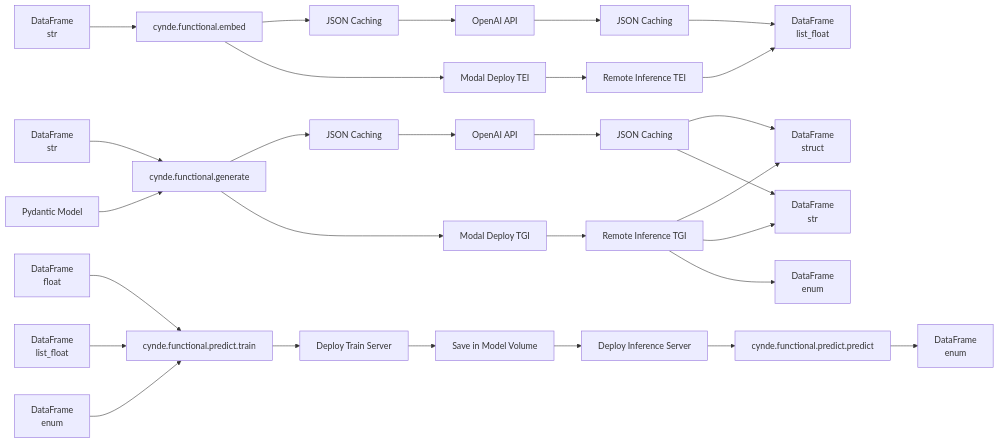
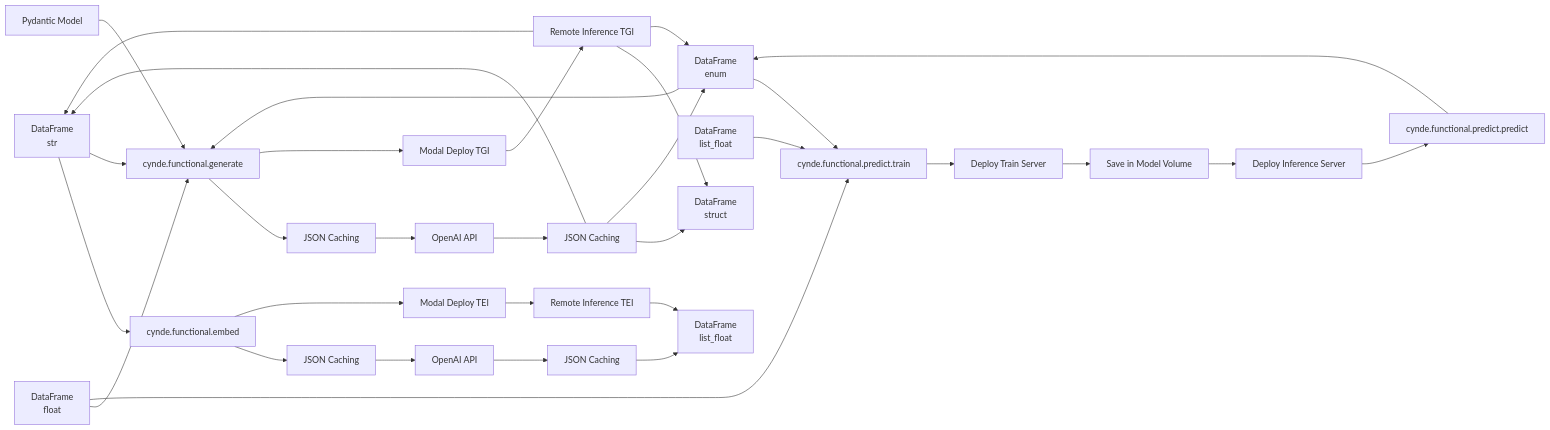
One commit to Neural-Dragon-AI/Cynde changed the diagram in drawings.md. Above: the diagram before and after it, drawn with Mermaid. The commit also changed other lines of this file, not shown here.

````diff
--- a/drawings.md
+++ b/drawings.md
@@ -3,35 +3,38 @@
 ```mermaid
 graph LR
     A[DataFrame<br>str] --> B[cynde.functional.embed]
-    C[DataFrame<br>str] --> D[cynde.functional.generate]
-    E[DataFrame<br>float] --> F[cynde.functional.predict.train]
+    A --> C[cynde.functional.generate]
+    D[DataFrame<br>float] --> C
+    E[DataFrame<br>enum] --> C
+    D --> F[cynde.functional.predict.train]
+    E --> F
     G[DataFrame<br>list_float] --> F
-    I[DataFrame<br>enum] --> F
 
-    J[Pydantic Model] --> D
+    H[Pydantic Model] --> C
 
-    B --> K[JSON Caching]
-    B --> L[Modal Deploy TEI]
-    K --> M[OpenAI API]
-    L --> N[Remote Inference TEI]
-    M --> O[JSON Caching]
-    N --> P[DataFrame<br>list_float]
-    O --> P
+    B --> I[JSON Caching]
+    B --> J[Modal Deploy TEI]
+    I --> K[OpenAI API]
+    J --> L[Remote Inference TEI]
+    K --> M[JSON Caching]
+    L --> N[DataFrame<br>list_float]
+    M --> N
 
-    D --> Q[JSON Caching]
-    D --> R[Modal Deploy TGI]
-    Q --> S[OpenAI API]
-    R --> T[Remote Inference TGI]
-    S --> U[JSON Caching]
-    T --> V[DataFrame<br>struct]
-    T --> W[DataFrame<br>str]
-    U --> V
-    U --> W
+    C --> O[JSON Caching]
+    C --> P[Modal Deploy TGI]
+    O --> Q[OpenAI API]
+    P --> R[Remote Inference TGI]
+    Q --> S[JSON Caching]
+    R --> T[DataFrame<br>struct]
+    R --> A
+    R --> E
+    S --> T
+    S --> A
+    S --> E
 
-    F --> X[Deploy Train Server]
-    X --> Y[Save in Model Volume]
-    Y --> Z[Deploy Inference Server]
-    Z --> AA[cynde.functional.predict.predict]
-    AA --> AB[DataFrame<br>enum]
-    T --> AC[DataFrame<br>enum]
+    F --> U[Deploy Train Server]
+    U --> V[Save in Model Volume]
+    V --> W[Deploy Inference Server]
+    W --> X[cynde.functional.predict.predict]
+    X --> E
 ```
````
